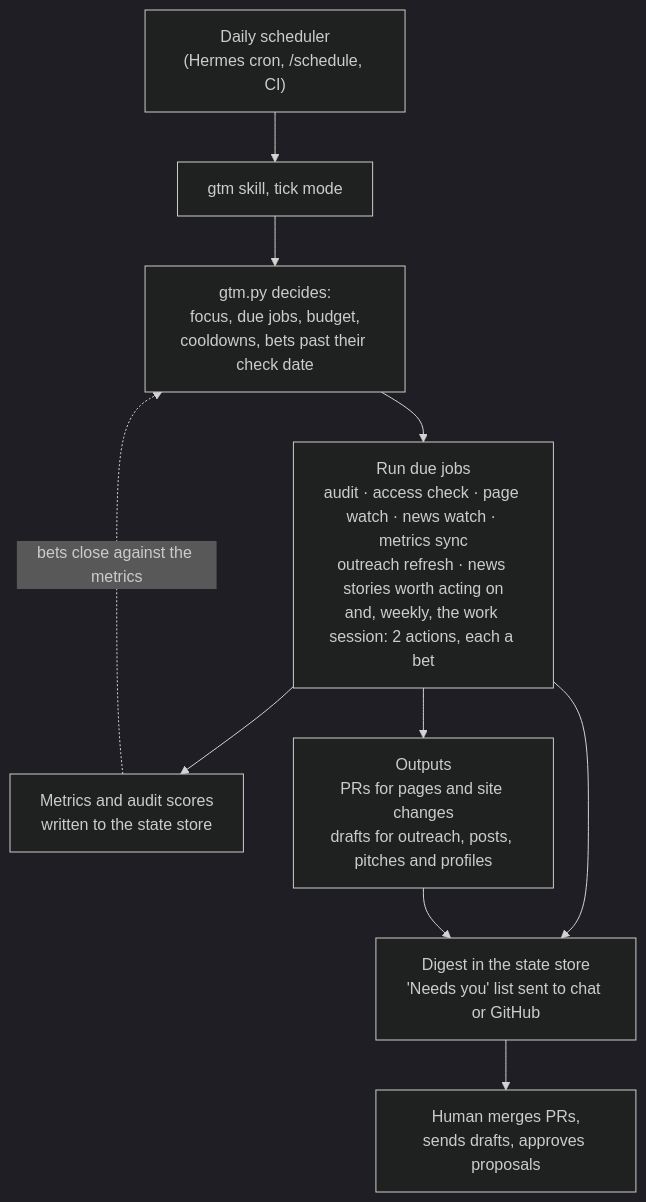
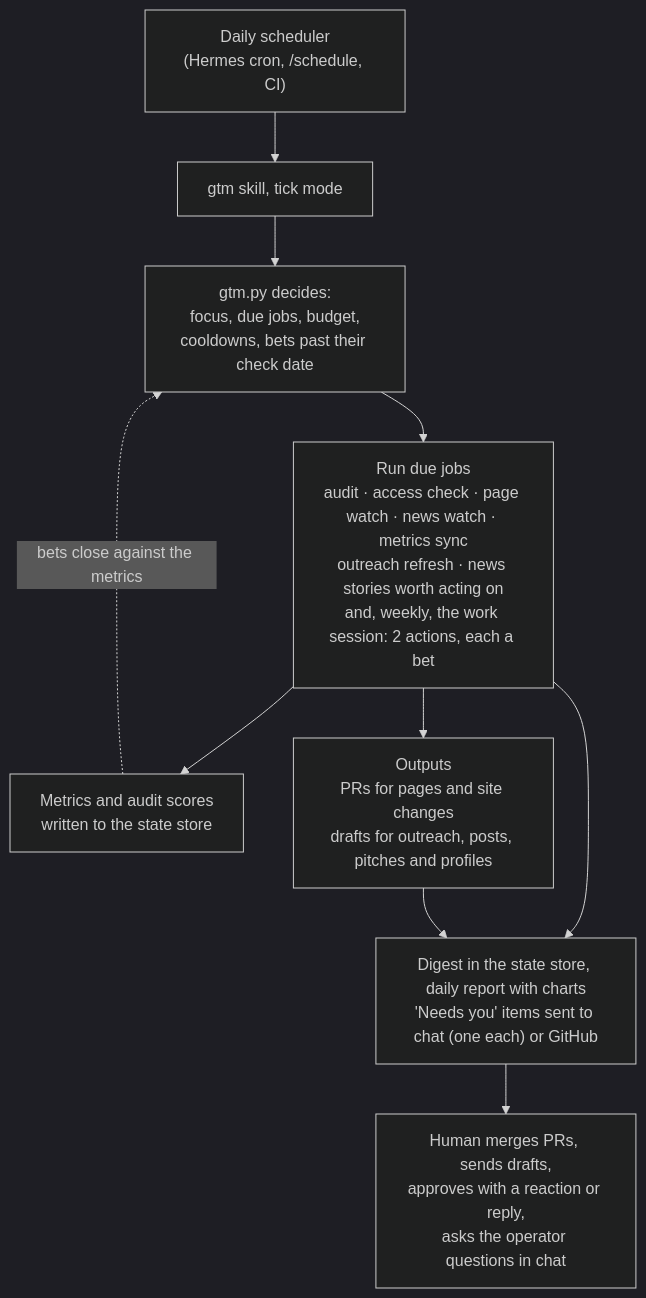
The second of 2 diagrams in README.md (williampsmith/marketing-skills), drawn with Mermaid (dark theme) before and after one commit. The commit also changed other lines of this file and 29 other files, not shown here.

First line of the commit message:
v0.10 chat: daily report with D3 charts, ask mode, approvals with provenance

````diff
--- a/README.md
+++ b/README.md
@@ -45,13 +45,13 @@
 ```mermaid
 flowchart TD
     A["Daily scheduler<br/>(Hermes cron, /schedule, CI)"] --> B["gtm skill, tick mode"]
     B --> C["gtm.py decides:<br/>focus, due jobs, budget,<br/>cooldowns, bets past their check date"]
     C --> D["Run due jobs<br/>audit · access check · page watch · news watch · metrics sync<br/>outreach refresh · news stories worth acting on<br/>and, weekly, the work session: 2 actions, each a bet"]
     D --> E["Metrics and audit scores<br/>written to the state store"]
     D --> F
     F["Outputs<br/>PRs for pages and site changes<br/>drafts for outreach, posts, pitches and profiles"]
-    D --> G["Digest in the state store<br/>'Needs you' list sent to chat or GitHub"]
+    D --> G["Digest in the state store, daily report with charts<br/>'Needs you' items sent to chat (one each) or GitHub"]
     F --> G
-    G --> H["Human merges PRs,<br/>sends drafts, approves proposals"]
+    G --> H["Human merges PRs, sends drafts,<br/>approves with a reaction or reply,<br/>asks the operator questions in chat"]
     E -.->|"bets close against the metrics"| C
 ```
````
